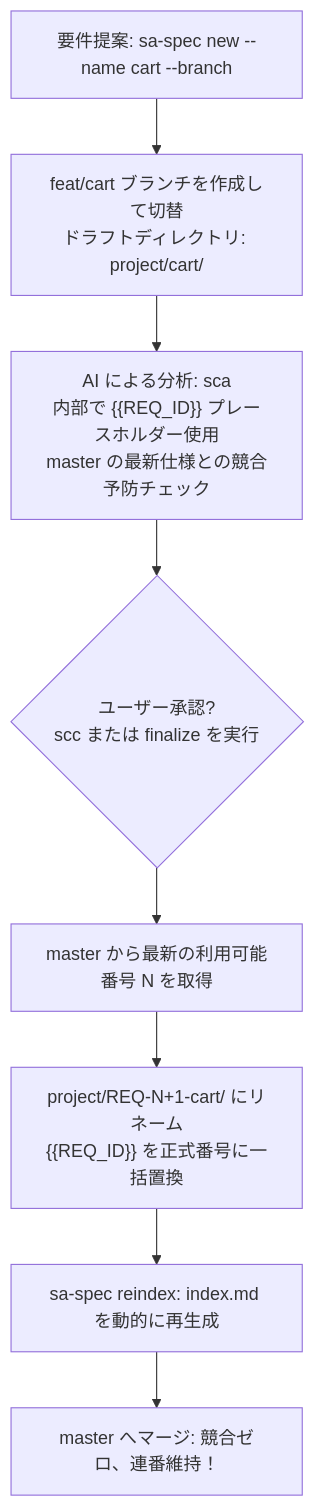
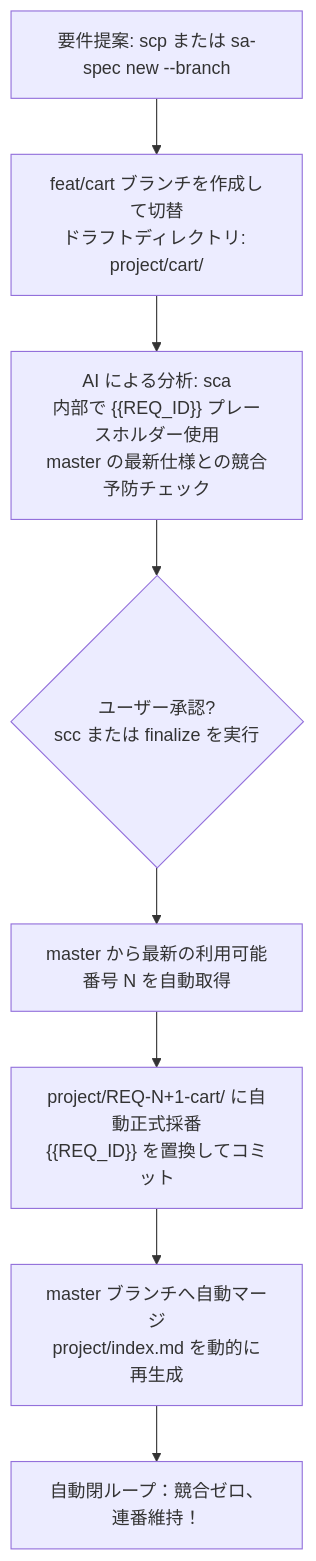
The diagram in README.ja.md (lovius215/ai_spec), drawn with Mermaid before and after one commit. The commit also changed other lines of this file and 12 other files, not shown here.

````diff
--- a/README.ja.md
+++ b/README.ja.md
@@ -103,10 +103,10 @@
 ```mermaid
 flowchart TD
-    A["要件提案: sa-spec new --name cart --branch"] --> B["feat/cart ブランチを作成して切替<br/>ドラフトディレクトリ: project/cart/"]
+    A["要件提案: scp または sa-spec new --branch"] --> B["feat/cart ブランチを作成して切替<br/>ドラフトディレクトリ: project/cart/"]
     B --> C["AI による分析: sca<br/>内部で {{REQ_ID}} プレースホルダー使用<br/>master の最新仕様との競合予防チェック"]
     C --> D{"ユーザー承認?<br/>scc または finalize を実行"}
-    D --> E["master から最新の利用可能番号 N を取得"]
-    E --> F["project/REQ-N+1-cart/ にリネーム<br/>{{REQ_ID}} を正式番号に一括置換"]
-    F --> G["sa-spec reindex: index.md を動的に再生成"]
-    G --> H["master へマージ: 競合ゼロ、連番維持！"]
+    D --> E["master から最新の利用可能番号 N を自動取得"]
+    E --> F["project/REQ-N+1-cart/ に自動正式採番<br/>{{REQ_ID}} を置換してコミット"]
+    F --> G["master ブランチへ自動マージ<br/>project/index.md を動的に再生成"]
+    G --> H["自動閉ループ：競合ゼロ、連番維持！"]
 ```
````
